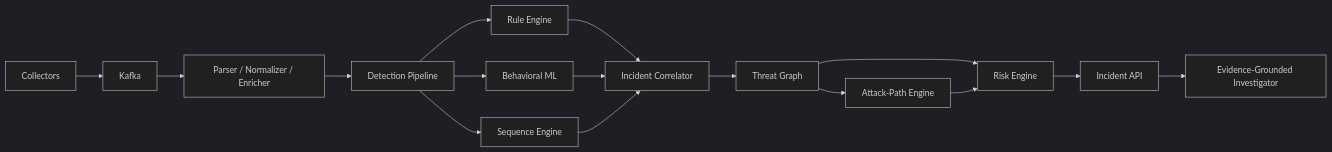
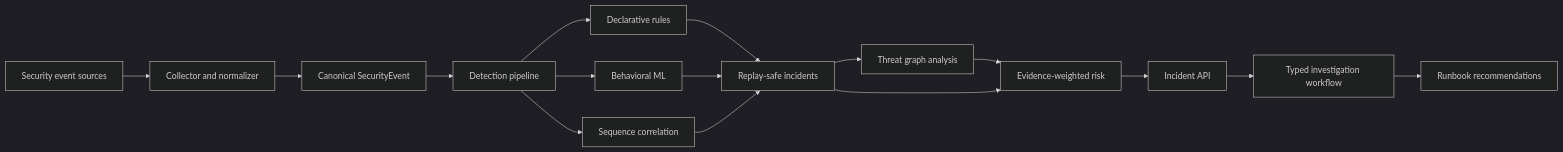
The diagram in README.md (Bishrav/Sentinel), drawn with Mermaid (dark theme) before and after one commit. The commit also changed other lines of this file, not shown here.

````diff
--- a/README.md
+++ b/README.md
@@ -55,18 +26,18 @@
 ```mermaid
 flowchart LR
-    A[Collectors] --> B[Kafka]
-    B --> C[Parser / Normalizer / Enricher]
-    C --> D[Detection Pipeline]
-    D --> D1[Rule Engine]
+    A[Security event sources] --> B[Collector and normalizer]
+    B --> C[Canonical SecurityEvent]
+    C --> D[Detection pipeline]
+    D --> D1[Declarative rules]
     D --> D2[Behavioral ML]
-    D --> D3[Sequence Engine]
-    D1 --> E[Incident Correlator]
+    D --> D3[Sequence correlation]
+    D1 --> E[Replay-safe incidents]
     D2 --> E
     D3 --> E
-    E --> F[Threat Graph]
-    F --> G[Attack-Path Engine]
-    F --> H[Risk Engine]
-    G --> H
-    H --> I[Incident API]
-    I --> J[Evidence-Grounded Investigator]
+    E --> F[Threat graph analysis]
+    F --> G[Evidence-weighted risk]
+    E --> G
+    G --> H[Incident API]
+    H --> I[Typed investigation workflow]
+    I --> J[Runbook recommendations]
 ```
````
